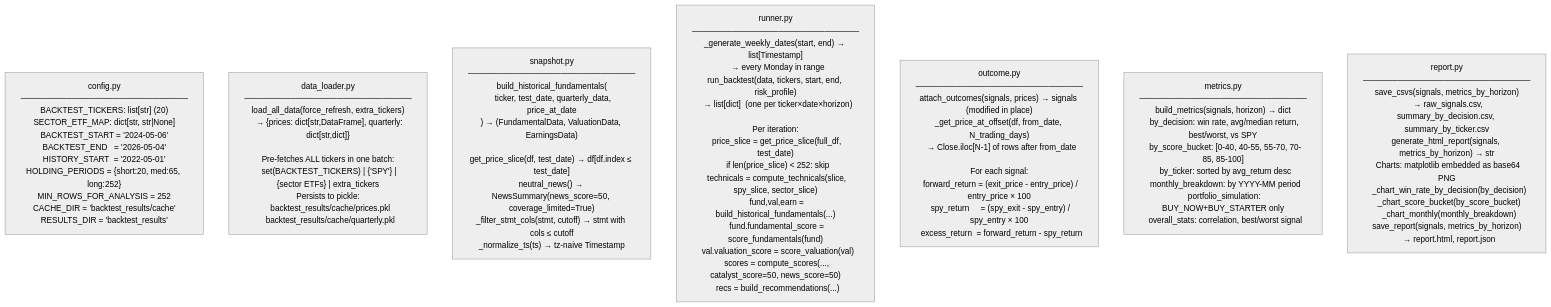
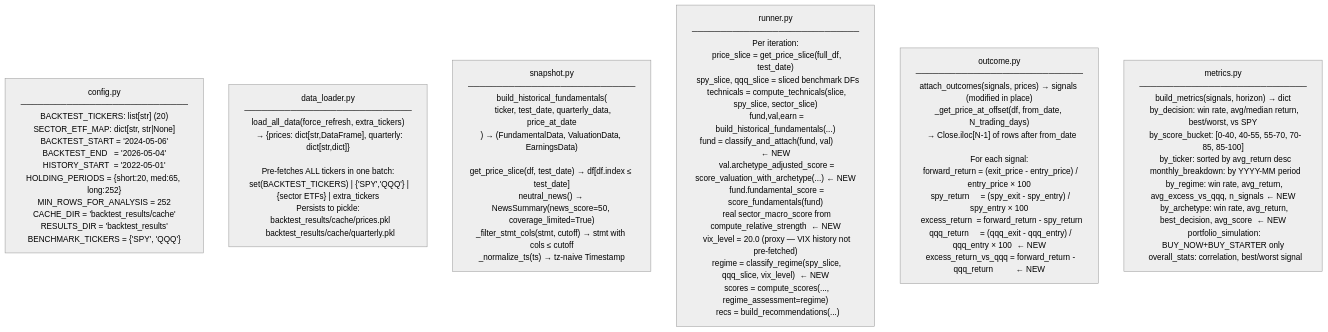
One commit to krutikpatel/stockBuyDecisioner1 changed diagram 19 of 22 in LLD.md. Above: the diagram before and after it, drawn with Mermaid (neutral theme). The commit also changed other lines of this file and 44 other files, not shown here.

Commit message:
All improvements as per improvements1.md

````diff
--- a/LLD.md
+++ b/LLD.md
@@ -1124,16 +1678,14 @@
 ```mermaid
 flowchart TD
-    CFG["config.py\n─────────────────────────────\nBACKTEST_TICKERS: list[str] (20)\nSECTOR_ETF_MAP: dict[str, str|None]\nBACKTEST_START = '2024-05-06'\nBACKTEST_END   = '2026-05-04'\nHISTORY_START  = '2022-05-01'\nHOLDING_PERIODS = {short:20, med:65, long:252}\nMIN_ROWS_FOR_ANALYSIS = 252\nCACHE_DIR = 'backtest_results/cache'\nRESULTS_DIR = 'backtest_results'"]
+    CFG["config.py\n─────────────────────────────\nBACKTEST_TICKERS: list[str] (20)\nSECTOR_ETF_MAP: dict[str, str|None]\nBACKTEST_START = '2024-05-06'\nBACKTEST_END   = '2026-05-04'\nHISTORY_START  = '2022-05-01'\nHOLDING_PERIODS = {short:20, med:65, long:252}\nMIN_ROWS_FOR_ANALYSIS = 252\nCACHE_DIR = 'backtest_results/cache'\nRESULTS_DIR = 'backtest_results'\nBENCHMARK_TICKERS = {'SPY', 'QQQ'}"]
 
-    DL["data_loader.py\n─────────────────────────────\nload_all_data(force_refresh, extra_tickers)\n  → {prices: dict[str,DataFrame], quarterly: dict[str,dict]}\n\nPre-fetches ALL tickers in one batch:\n  set(BACKTEST_TICKERS) | {'SPY'} | {sector ETFs} | extra_tickers\nPersists to pickle:\n  backtest_results/cache/prices.pkl\n  backtest_results/cache/quarterly.pkl"]
+    DL["data_loader.py\n─────────────────────────────\nload_all_data(force_refresh, extra_tickers)\n  → {prices: dict[str,DataFrame], quarterly: dict[str,dict]}\n\nPre-fetches ALL tickers in one batch:\n  set(BACKTEST_TICKERS) | {'SPY','QQQ'} | {sector ETFs} | extra_tickers\nPersists to pickle:\n  backtest_results/cache/prices.pkl\n  backtest_results/cache/quarterly.pkl"]
 
     SN["snapshot.py\n─────────────────────────────\nbuild_historical_fundamentals(\n  ticker, test_date, quarterly_data, price_at_date\n) → (FundamentalData, ValuationData, EarningsData)\n\nget_price_slice(df, test_date) → df[df.index ≤ test_date]\nneutral_news() → NewsSummary(news_score=50, coverage_limited=True)\n_filter_stmt_cols(stmt, cutoff) → stmt with cols ≤ cutoff\n_normalize_ts(ts) → tz-naive Timestamp"]
 
-    RN["runner.py\n─────────────────────────────\n_generate_weekly_dates(start, end) → list[Timestamp]\n  → every Monday in range\nrun_backtest(data, tickers, start, end, risk_profile)\n  → list[dict]  (one per ticker×date×horizon)\n\nPer iteration:\n  price_slice = get_price_slice(full_df, test_date)\n  if len(price_slice) < 252: skip\n  technicals = compute_technicals(slice, spy_slice, sector_slice)\n  fund,val,earn = build_historical_fundamentals(...)\n  fund.fundamental_score = score_fundamentals(fund)\n  val.valuation_score = score_valuation(val)\n  scores = compute_scores(..., catalyst_score=50, news_score=50)\n  recs = build_recommendations(...)"]
+    RN["runner.py\n─────────────────────────────\nPer iteration:\n  price_slice = get_price_slice(full_df, test_date)\n  spy_slice, qqq_slice = sliced benchmark DFs\n  technicals = compute_technicals(slice, spy_slice, sector_slice)\n  fund,val,earn = build_historical_fundamentals(...)\n  fund = classify_and_attach(fund, val)          ← NEW\n  val.archetype_adjusted_score = score_valuation_with_archetype(...) ← NEW\n  fund.fundamental_score = score_fundamentals(fund)\n  real sector_macro_score from compute_relative_strength  ← NEW\n  vix_level = 20.0 (proxy — VIX history not pre-fetched)\n  regime = classify_regime(spy_slice, qqq_slice, vix_level)  ← NEW\n  scores = compute_scores(..., regime_assessment=regime)\n  recs = build_recommendations(...)"]
 
-    OT["outcome.py\n─────────────────────────────\nattach_outcomes(signals, prices) → signals (modified in place)\n_get_price_at_offset(df, from_date, N_trading_days)\n  → Close.iloc[N-1] of rows after from_date\n\nFor each signal:\n  forward_return = (exit_price - entry_price) / entry_price × 100\n  spy_return     = (spy_exit - spy_entry) / spy_entry × 100\n  excess_return  = forward_return - spy_return"]
+    OT["outcome.py\n─────────────────────────────\nattach_outcomes(signals, prices) → signals (modified in place)\n_get_price_at_offset(df, from_date, N_trading_days)\n  → Close.iloc[N-1] of rows after from_date\n\nFor each signal:\n  forward_return = (exit_price - entry_price) / entry_price × 100\n  spy_return     = (spy_exit - spy_entry) / spy_entry × 100\n  excess_return  = forward_return - spy_return\n  qqq_return     = (qqq_exit - qqq_entry) / qqq_entry × 100  ← NEW\n  excess_return_vs_qqq = forward_return - qqq_return          ← NEW"]
 
-    MT["metrics.py\n─────────────────────────────\nbuild_metrics(signals, horizon) → dict\n  by_decision: win rate, avg/median return, best/worst, vs SPY\n  by_score_bucket: [0-40, 40-55, 55-70, 70-85, 85-100]\n  by_ticker: sorted by avg_return desc\n  monthly_breakdown: by YYYY-MM period\n  portfolio_simulation: BUY_NOW+BUY_STARTER only\n  overall_stats: correlation, best/worst signal"]
-
-    RP["report.py\n─────────────────────────────\nsave_csvs(signals, metrics_by_horizon)\n  → raw_signals.csv, summary_by_decision.csv, summary_by_ticker.csv\ngenerate_html_report(signals, metrics_by_horizon) → str\n  Charts: matplotlib embedded as base64 PNG\n  _chart_win_rate_by_decision(by_decision)\n  _chart_score_bucket(by_score_bucket)\n  _chart_monthly(monthly_breakdown)\nsave_report(signals, metrics_by_horizon)\n  → report.html, report.json"]
+    MT["metrics.py\n─────────────────────────────\nbuild_metrics(signals, horizon) → dict\n  by_decision: win rate, avg/median return, best/worst, vs SPY\n  by_score_bucket: [0-40, 40-55, 55-70, 70-85, 85-100]\n  by_ticker: sorted by avg_return desc\n  monthly_breakdown: by YYYY-MM period\n  by_regime: win rate, avg_return, avg_excess_vs_qqq, n_signals ← NEW\n  by_archetype: win rate, avg_return, best_decision, avg_score  ← NEW\n  portfolio_simulation: BUY_NOW+BUY_STARTER only\n  overall_stats: correlation, best/worst signal"]
 ```
````
